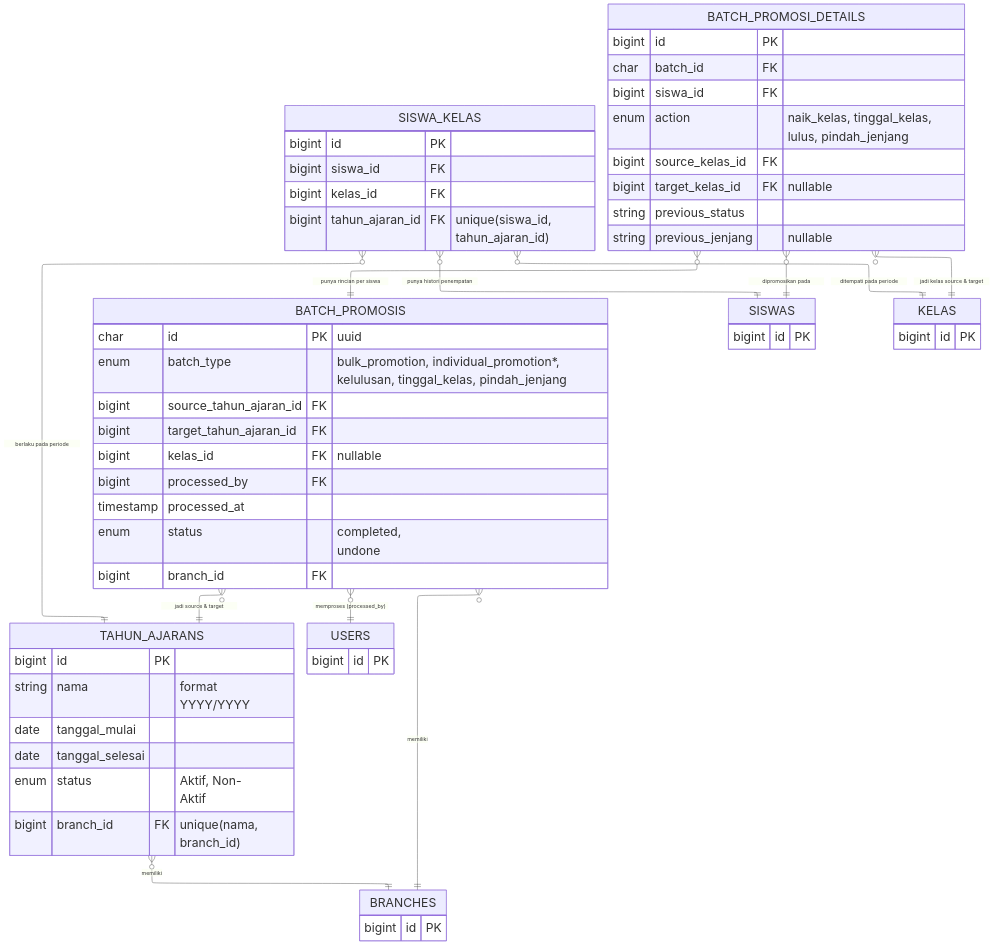
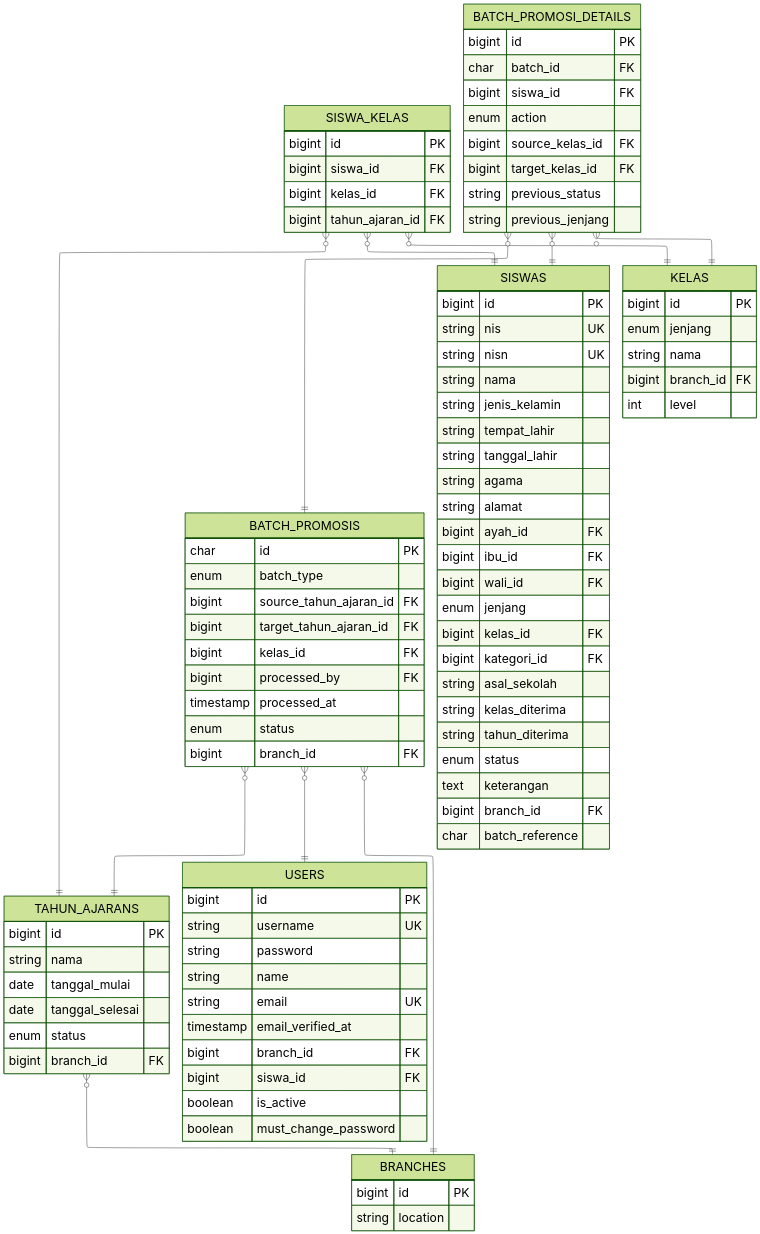
Before and after one commit to Fathurrahman-R/Manajemen-Keuangan-dan-SPP-Handayani: the diagram in document/aset-laporan/mermaid-erd/tahun-ajaran-kenaikan-kelas.mmd, drawn with Mermaid. The commit also changed 14 other files, not shown here.

First line of the commit message:
Rapikan diagram ERD mermaid: hapus label relasi dan komentar atribut, lengkapi kolom tabel yang disingkat

```diff
--- a/document/aset-laporan/mermaid-erd/tahun-ajaran-kenaikan-kelas.mmd
+++ b/document/aset-laporan/mermaid-erd/tahun-ajaran-kenaikan-kelas.mmd
@@ -1,59 +1,103 @@
 %%{
     init: {
+        'theme': 'forest',
         'layout': 'elk',
         'themeVariables': {'fontSize': '32px'},
         'themeCSS': '.edgeLabel, .edgeLabel p { font-size: 32px !important; }'
     }
 }%%
 erDiagram
     direction BT
     TAHUN_AJARANS {
         bigint id PK
-        string nama "format YYYY/YYYY"
+        string nama
         date tanggal_mulai
         date tanggal_selesai
-        enum status "Aktif, Non-Aktif"
-        bigint branch_id FK "unique(nama, branch_id)"
+        enum status
+        bigint branch_id FK
     }
     SISWA_KELAS {
         bigint id PK
         bigint siswa_id FK
         bigint kelas_id FK
-        bigint tahun_ajaran_id FK "unique(siswa_id, tahun_ajaran_id)"
+        bigint tahun_ajaran_id FK
     }
     BATCH_PROMOSIS {
-        char id PK "uuid"
-        enum batch_type "bulk_promotion, individual_promotion*, kelulusan, tinggal_kelas, pindah_jenjang"
+        char id PK
+        enum batch_type
         bigint source_tahun_ajaran_id FK
         bigint target_tahun_ajaran_id FK
-        bigint kelas_id FK "nullable"
+        bigint kelas_id FK
         bigint processed_by FK
         timestamp processed_at
-        enum status "completed, undone"
+        enum status
         bigint branch_id FK
     }
     BATCH_PROMOSI_DETAILS {
         bigint id PK
         char batch_id FK
         bigint siswa_id FK
-        enum action "naik_kelas, tinggal_kelas, lulus, pindah_jenjang"
+        enum action
         bigint source_kelas_id FK
-        bigint target_kelas_id FK "nullable"
+        bigint target_kelas_id FK
         string previous_status
-        string previous_jenjang "nullable"
+        string previous_jenjang
     }
-    BRANCHES { bigint id PK }
-    SISWAS { bigint id PK }
-    KELAS { bigint id PK }
-    USERS { bigint id PK }
+    BRANCHES {
+        bigint id PK
+        string location
+    }
+    SISWAS {
+        bigint id PK
+        string nis UK
+        string nisn UK
+        string nama
+        string jenis_kelamin
+        string tempat_lahir
+        string tanggal_lahir
+        string agama
+        string alamat
+        bigint ayah_id FK
+        bigint ibu_id FK
+        bigint wali_id FK
+        enum jenjang
+        bigint kelas_id FK
+        bigint kategori_id FK
+        string asal_sekolah
+        string kelas_diterima
+        string tahun_diterima
+        enum status
+        text keterangan
+        bigint branch_id FK
+        char batch_reference
+    }
+    KELAS {
+        bigint id PK
+        enum jenjang
+        string nama
+        bigint branch_id FK
+        int level
+    }
+    USERS {
+        bigint id PK
+        string username UK
+        string password
+        string name
+        string email UK
+        timestamp email_verified_at
+        bigint branch_id FK
+        bigint siswa_id FK
+        boolean is_active
+        boolean must_change_password
+    }
 
-    BRANCHES ||--o{ TAHUN_AJARANS : "memiliki"
-    SISWAS ||--o{ SISWA_KELAS : "punya histori penempatan"
-    KELAS ||--o{ SISWA_KELAS : "ditempati pada periode"
-    TAHUN_AJARANS ||--o{ SISWA_KELAS : "berlaku pada periode"
-    BRANCHES ||--o{ BATCH_PROMOSIS : "memiliki"
-    TAHUN_AJARANS ||--o{ BATCH_PROMOSIS : "jadi source & target"
-    USERS ||--o{ BATCH_PROMOSIS : "memproses (processed_by)"
-    BATCH_PROMOSIS ||--o{ BATCH_PROMOSI_DETAILS : "punya rincian per siswa"
-    SISWAS ||--o{ BATCH_PROMOSI_DETAILS : "dipromosikan pada"
-    KELAS ||--o{ BATCH_PROMOSI_DETAILS : "jadi kelas source & target"
+    BRANCHES ||--o{ TAHUN_AJARANS : ""
+    SISWAS ||--o{ SISWA_KELAS : ""
+    KELAS ||--o{ SISWA_KELAS : ""
+    TAHUN_AJARANS ||--o{ SISWA_KELAS : ""
+    BRANCHES ||--o{ BATCH_PROMOSIS : ""
+    TAHUN_AJARANS ||--o{ BATCH_PROMOSIS : ""
+    USERS ||--o{ BATCH_PROMOSIS : ""
+    BATCH_PROMOSIS ||--o{ BATCH_PROMOSI_DETAILS : ""
+    SISWAS ||--o{ BATCH_PROMOSI_DETAILS : ""
+    KELAS ||--o{ BATCH_PROMOSI_DETAILS : ""
```
